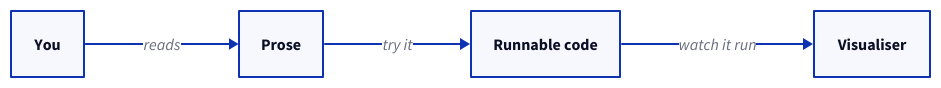
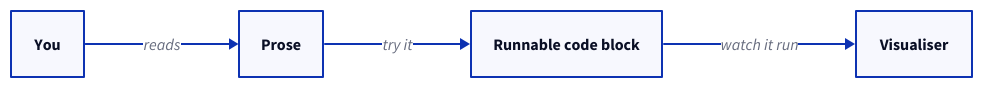
One commit to ani2fun/synapse-content changed the second of 3 diagrams in synapse-features/01-reading-a-lesson/01-reading-a-lesson.md. Above: the diagram before and after it, drawn with D2.

Commit message:
content: edit synapse-features/reading-a-lesson/reading-a-lesson
Requested by @ani2fun via Synapse.

````diff
--- a/synapse-features/01-reading-a-lesson/01-reading-a-lesson.md
+++ b/synapse-features/01-reading-a-lesson/01-reading-a-lesson.md
@@ -31,10 +31,10 @@
 ```d2
 direction: right
 reader: "You"
 prose: "Prose"
-code: "Runnable code"
+code: "Runnable code block"
 viz: "Visualiser"
 reader -> prose: reads
 prose -> code: try it
 code -> viz: watch it run
 ```
````
